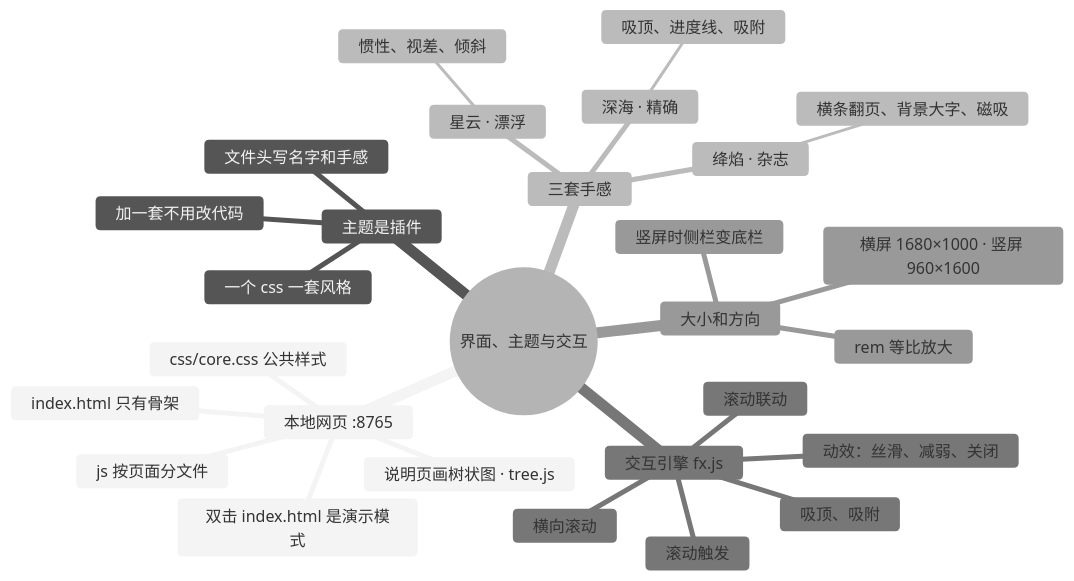
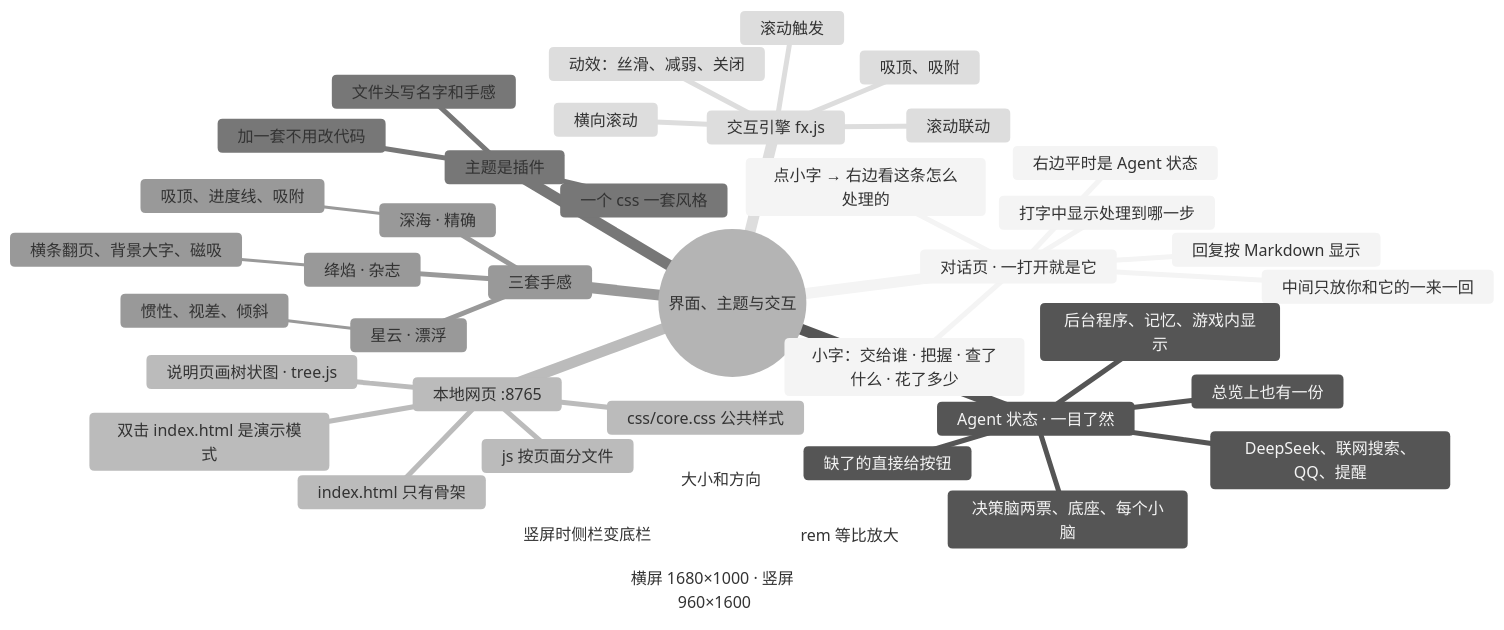
One commit to lql-076/Experiment-Agent-One changed the diagram in docs/AI文档/架构/12-界面主题与交互.md. Above: the diagram before and after it, drawn with Mermaid (neutral theme). The commit also changed other lines of this file and 36 other files, not shown here.

First line of the commit message:
v1.7.0：对话页、Agent 状态、游戏内显示

````diff
--- a/docs/AI文档/架构/12-界面主题与交互.md
+++ b/docs/AI文档/架构/12-界面主题与交互.md
@@ -9,31 +9,44 @@
 ```mermaid
 mindmap
   root((界面、主题与交互))
+    对话页 · 一打开就是它
+      中间只放你和它的一来一回
+      回复按 Markdown 显示
+      打字中显示处理到哪一步
+      小字：交给谁 · 把握 · 查了什么 · 花了多少
+      点小字 → 右边看这条怎么处理的
+      右边平时是 Agent 状态
+    Agent 状态 · 一目了然
+      决策脑两票、底座、每个小脑
+      DeepSeek、联网搜索、QQ、提醒
+      后台程序、记忆、游戏内显示
+      缺了的直接给按钮
+      总览上也有一份
     本地网页 :8765
       index.html 只有骨架
       css/core.css 公共样式
       js 按页面分文件
       双击 index.html 是演示模式
       说明页画树状图 · tree.js
     主题是插件
       一个 css 一套风格
       文件头写名字和手感
       加一套不用改代码
     三套手感
       星云 · 漂浮
         惯性、视差、倾斜
       深海 · 精确
         吸顶、进度线、吸附
       绛焰 · 杂志
         横条翻页、背景大字、磁吸
     交互引擎 fx.js
       滚动触发
       滚动联动
       吸顶、吸附
       横向滚动
       动效：丝滑、减弱、关闭
     大小和方向
       rem 等比放大
       横屏 1680×1000 · 竖屏 960×1600
       竖屏时侧栏变底栏
 ```
````
